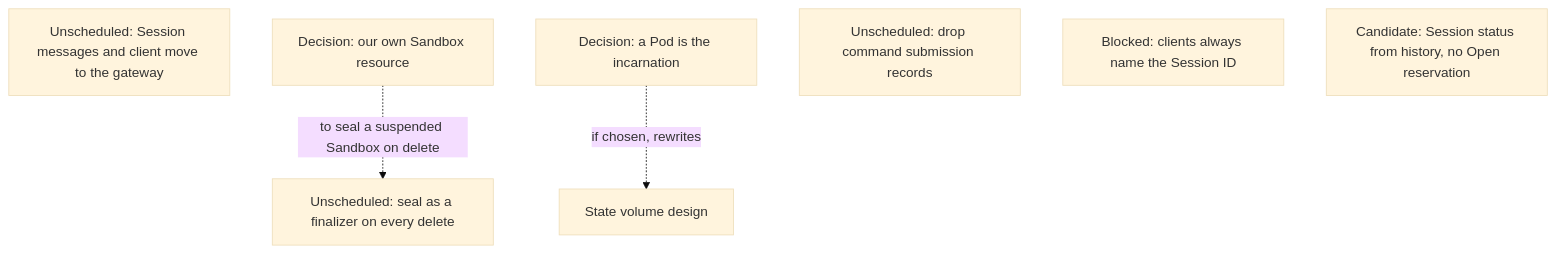
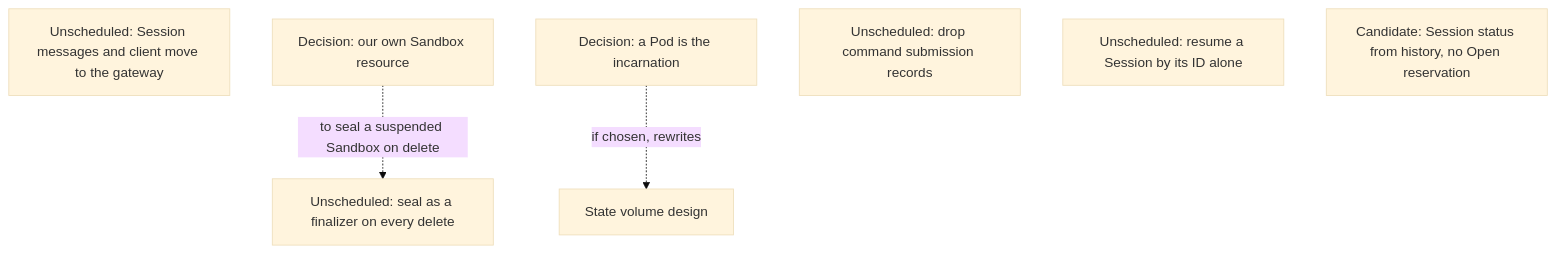
Before and after one commit to agentydragon/ducktape: diagram 12 of 13 in agentplane/plans/task_dag.md, drawn with Mermaid (base theme). The commit also changed other lines of this file and 97 other files, not shown here.

````diff
--- a/agentplane/plans/task_dag.md
+++ b/agentplane/plans/task_dag.md
@@ -833,12 +809,12 @@
 ```mermaid
 flowchart TD
     GATEWAY_CLIENT_SPLIT[Unscheduled: Session messages and client move to the gateway]
     AGENTPLANE_SANDBOX_RESOURCE[Decision: our own Sandbox resource]
     POD_INCARNATION[Decision: a Pod is the incarnation]
     SEAL_FINALIZER[Unscheduled: seal as a finalizer on every delete]
     COMMAND_RECORDS_RETIRE[Unscheduled: drop command submission records]
-    SESSION_ID_MINT_RETIRE[Blocked: clients always name the Session ID]
+    RESUME_BY_SESSION_ID[Unscheduled: resume a Session by its ID alone]
     LOOKUP_SESSION_RETIRE[Candidate: Session status from history, no Open reservation]
     AGENTPLANE_SANDBOX_RESOURCE -. to seal a suspended Sandbox on delete .-> SEAL_FINALIZER
     POD_INCARNATION -. if chosen, rewrites .-> SESSION_STATE_VOLUME_DESIGN[State volume design]
 ```
````
